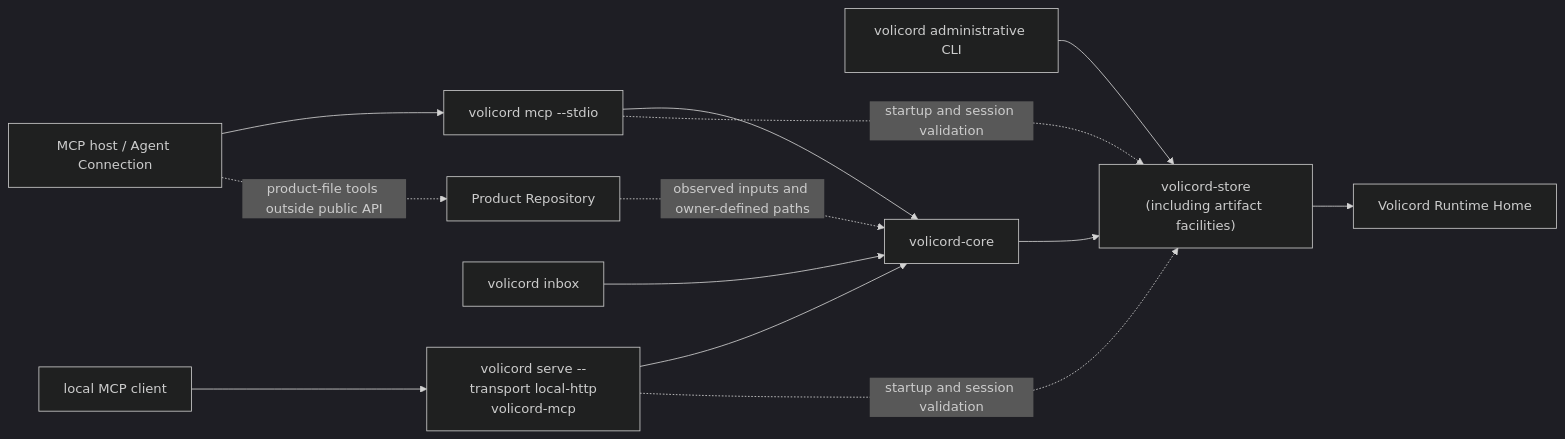
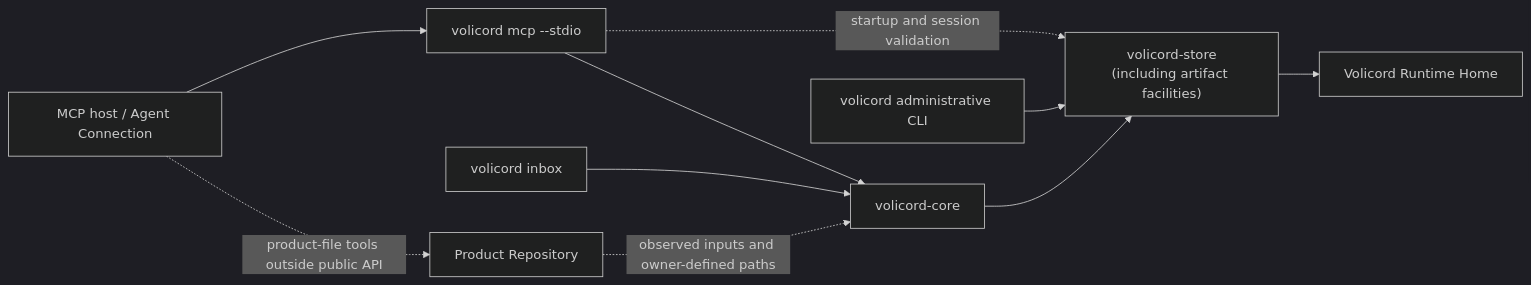
The diagram in docs/en/architecture-guide/architecture.md (minjungw00/Volicord), drawn with Mermaid (dark theme) before and after one commit. The commit also changed other lines of this file and 71 other files, not shown here.

````diff
--- a/docs/en/architecture-guide/architecture.md
+++ b/docs/en/architecture-guide/architecture.md
@@ -33,24 +33,20 @@
 ```mermaid
 flowchart LR
   host["MCP host / Agent Connection"]
   mcp["volicord mcp --stdio"]
-  httpclient["local MCP client"]
-  localhttp["volicord serve --transport local-http<br/>volicord-mcp"]
   cli["volicord administrative CLI"]
   inbox["volicord inbox"]
   core["volicord-core"]
   store["volicord-store<br/>(including artifact facilities)"]
   runtime["Volicord Runtime Home"]
   product["Product Repository"]
 
   host --> mcp --> core
-  httpclient --> localhttp --> core
   mcp -. startup and session validation .-> store
-  localhttp -. startup and session validation .-> store
   cli --> store
   inbox --> core
   core --> store
   store --> runtime
   product -. observed inputs and owner-defined paths .-> core
   host -. product-file tools outside public API .-> product
 ```
````
